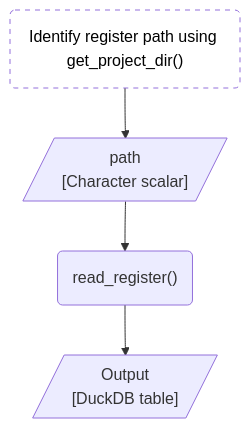
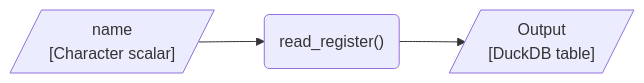
The third of 3 diagrams in vignettes/design.qmd (dp-next/registers2parquet), drawn with Mermaid before and after one commit. The commit also changed other lines of this file, not shown here.

Commit message:
docs: :building_construction: update design docs with info about list and read

````diff
--- a/vignettes/design.qmd
+++ b/vignettes/design.qmd
@@ -103,16 +110,12 @@
 ```{mermaid}
-%%| label: fig-flow-use
+%%| label: fig-flow-read-register
 %%| fig-cap: "Expected workflow for reading a Parquet register as a DuckDB table using `read_register()`."
 %%| fig-alt: "A flowchart showing the expected flow of reading a Parquet register created with the fastreg package."
-flowchart TD
-    identify_path("Identify register path using get_project_dir()")
-    path[/"path<br>[Character scalar]"/]
+flowchart LR
+    path[/"name<br>[Character scalar]"/]
     read_register("read_register()")
     output[/"Output<br>[DuckDB table]"/]
 
     %% Edges
-    identify_path --> path --> read_register --> output
-
-    %% Style
-    style identify_path fill:#FFFFFF, color:#000000, stroke-dasharray: 5 5
+    path --> read_register --> output
 ```
````
